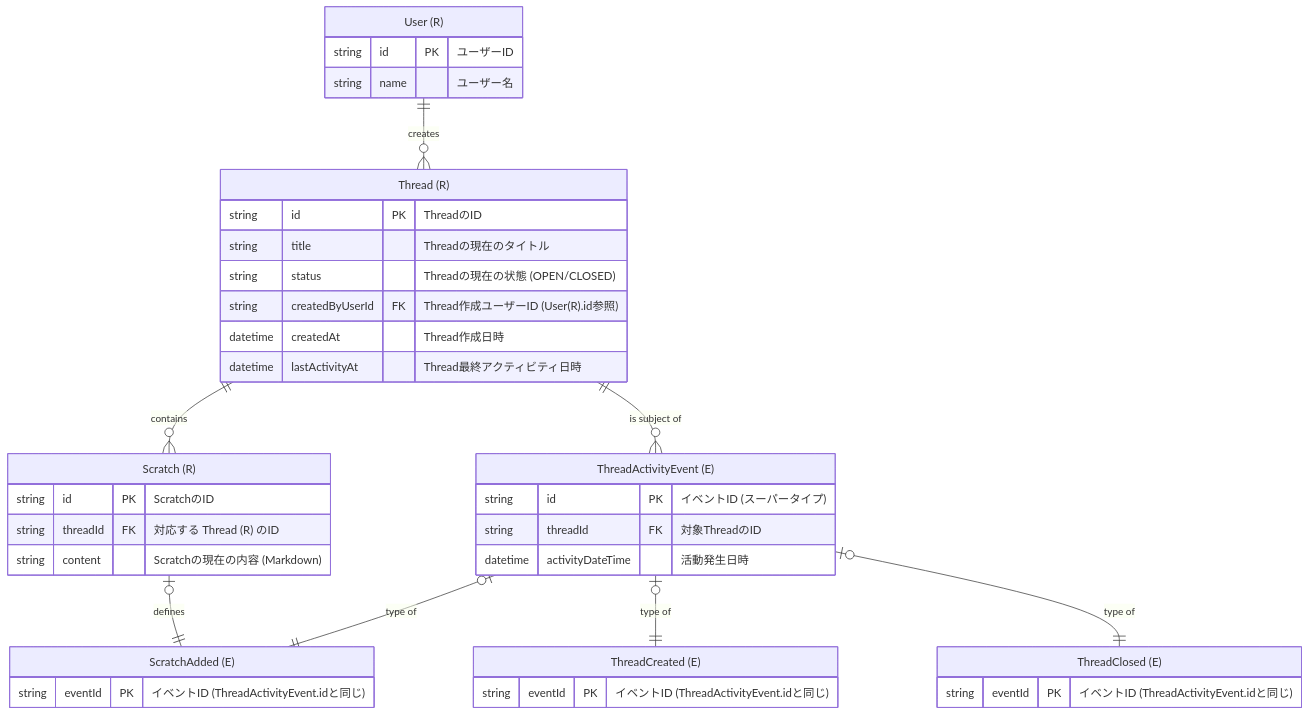
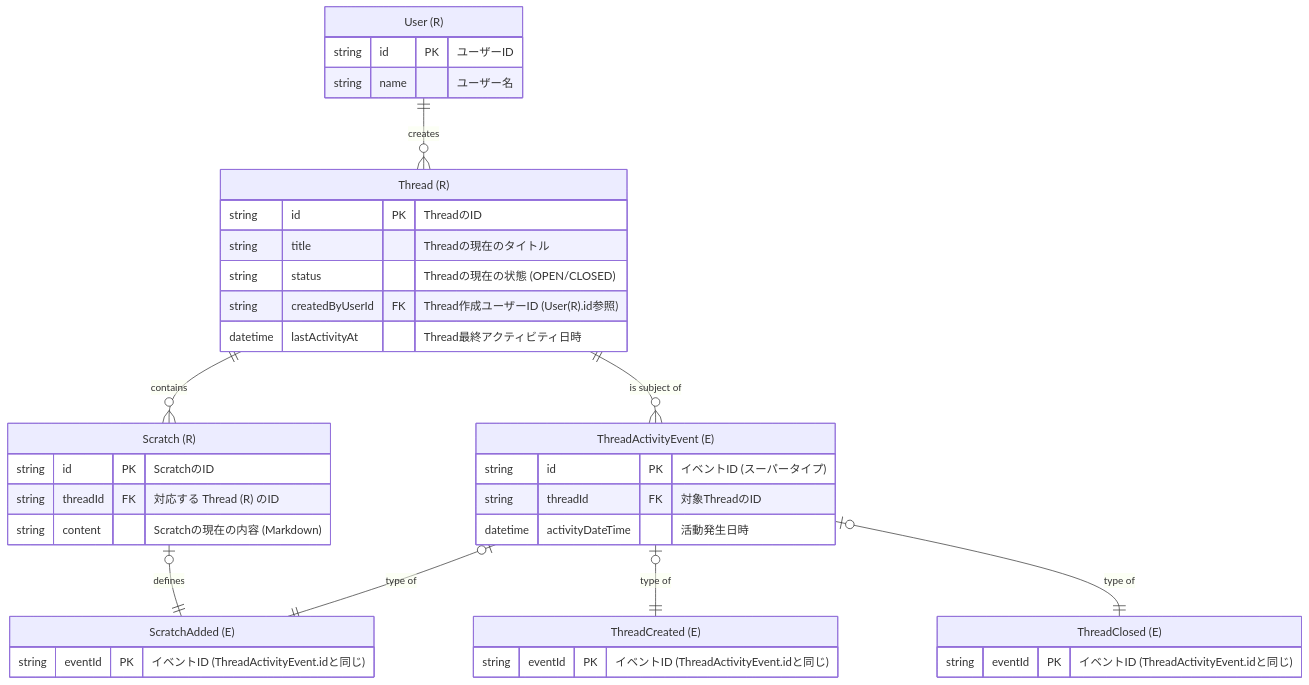
Before and after one commit to ysato/Ysato.Scrawl.Docs: the diagram in data-model.mmd, drawn with Mermaid.

Commit message:
refactor: remove createdAt field from Thread data model

```diff
--- a/data-model.mmd
+++ b/data-model.mmd
@@ -1,46 +1,45 @@
 erDiagram
     "User (R)" {
         string id PK "ユーザーID"
         string name "ユーザー名"
     }
 
     "Thread (R)" {
         string id PK "ThreadのID"
         string title "Threadの現在のタイトル"
         string status "Threadの現在の状態 (OPEN/CLOSED)"
         string createdByUserId FK "Thread作成ユーザーID (User(R).id参照)"
-        datetime createdAt "Thread作成日時"
         datetime lastActivityAt "Thread最終アクティビティ日時"
     }
 
     "Scratch (R)" {
         string id PK "ScratchのID"
         string threadId FK "対応する Thread (R) のID"
         string content "Scratchの現在の内容 (Markdown)"
     }
 
     "ThreadActivityEvent (E)" {
         string id PK "イベントID (スーパータイプ)"
         string threadId FK "対象ThreadのID"
         datetime activityDateTime "活動発生日時"
     }
 
     "ThreadCreated (E)" {
         string eventId PK "イベントID (ThreadActivityEvent.idと同じ)"
     }
 
     "ScratchAdded (E)" {
         string eventId PK "イベントID (ThreadActivityEvent.idと同じ)"
     }
 
     "ThreadClosed (E)" {
         string eventId PK "イベントID (ThreadActivityEvent.idと同じ)"
     }
 
     "User (R)" ||--o{ "Thread (R)": "creates"
     "Thread (R)" ||--o{ "Scratch (R)": "contains"
     "Thread (R)" ||--o{ "ThreadActivityEvent (E)": "is subject of"
     "Scratch (R)" o|--|| "ScratchAdded (E)": "defines"
     "ThreadActivityEvent (E)" o|--|| "ThreadCreated (E)": "type of"
     "ThreadActivityEvent (E)" o|--|| "ScratchAdded (E)": "type of"
     "ThreadActivityEvent (E)" o|--|| "ThreadClosed (E)": "type of"
```
